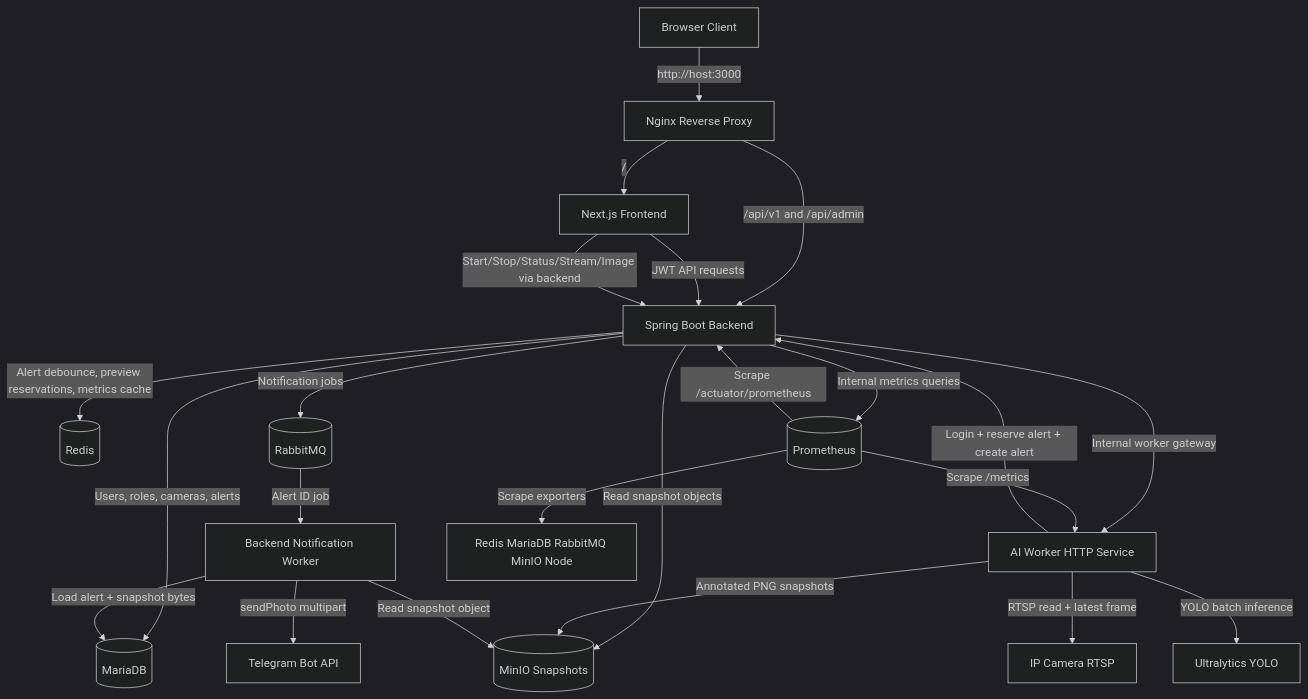
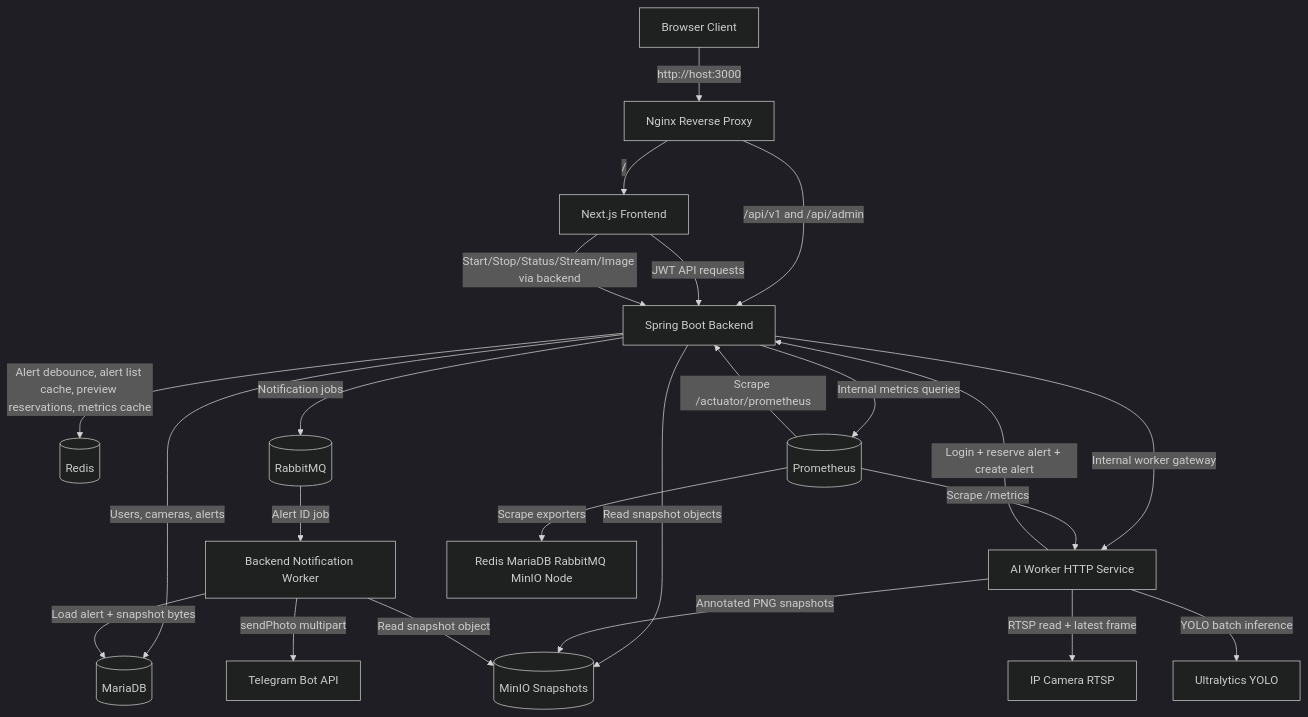
One commit to PhuongHo03/firesafe changed the diagram in README.md. Above: the diagram before and after it, drawn with Mermaid (dark theme). The commit also changed other lines of this file and 59 other files, not shown here.

````diff
--- a/README.md
+++ b/README.md
@@ -43,30 +43,30 @@
 ```mermaid
 flowchart TD
     User[Browser Client] -->|http://host:3000| Nginx[Nginx Reverse Proxy]
     Nginx -->|/| Frontend[Next.js Frontend]
     Nginx -->|/api/v1 and /api/admin| Backend[Spring Boot Backend]
 
     Frontend -->|JWT API requests| Backend
     Frontend -->|Start/Stop/Status/Stream/Image via backend| Backend
 
-    Backend -->|Users, roles, cameras, alerts| MariaDB[(MariaDB)]
-    Backend -->|Alert debounce, preview reservations, metrics cache| Redis[(Redis)]
+    Backend -->|Users, cameras, alerts| MariaDB[(MariaDB)]
+    Backend -->|Alert debounce, alert list cache, preview reservations, metrics cache| Redis[(Redis)]
     Backend -->|Notification jobs| RabbitMQ[(RabbitMQ)]
     Backend -->|Internal metrics queries| Prometheus[(Prometheus)]
     Backend -->|Internal worker gateway| Worker[AI Worker HTTP Service]
     Backend -->|Read snapshot objects| MinIO[(MinIO Snapshots)]
 
     Worker -->|Login + reserve alert + create alert| Backend
     Worker -->|Annotated PNG snapshots| MinIO
     Worker -->|RTSP read + latest frame| RTSP[IP Camera RTSP]
     Worker -->|YOLO batch inference| YOLO[Ultralytics YOLO]
 
     RabbitMQ -->|Alert ID job| NotificationWorker[Backend Notification Worker]
     NotificationWorker -->|Load alert + snapshot bytes| MariaDB
     NotificationWorker -->|Read snapshot object| MinIO
     NotificationWorker -->|sendPhoto multipart| Telegram[Telegram Bot API]
 
     Prometheus -->|Scrape /actuator/prometheus| Backend
     Prometheus -->|Scrape /metrics| Worker
     Prometheus -->|Scrape exporters| Infra[Redis MariaDB RabbitMQ MinIO Node]
 ```
````
